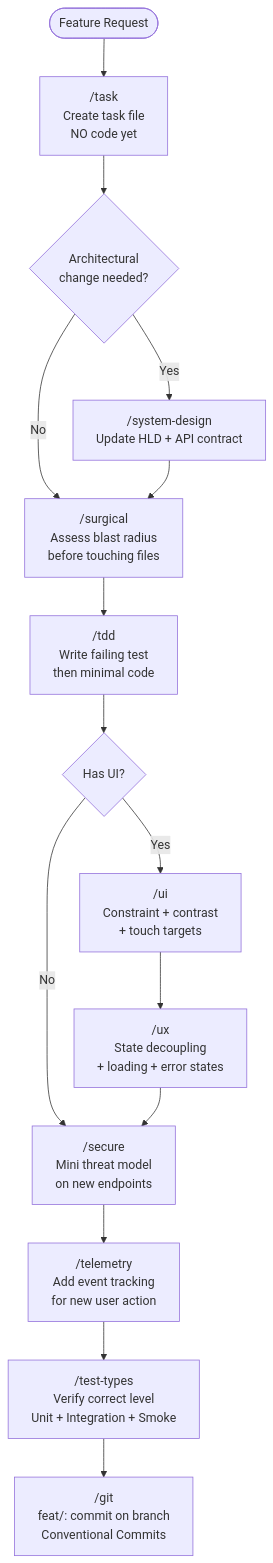
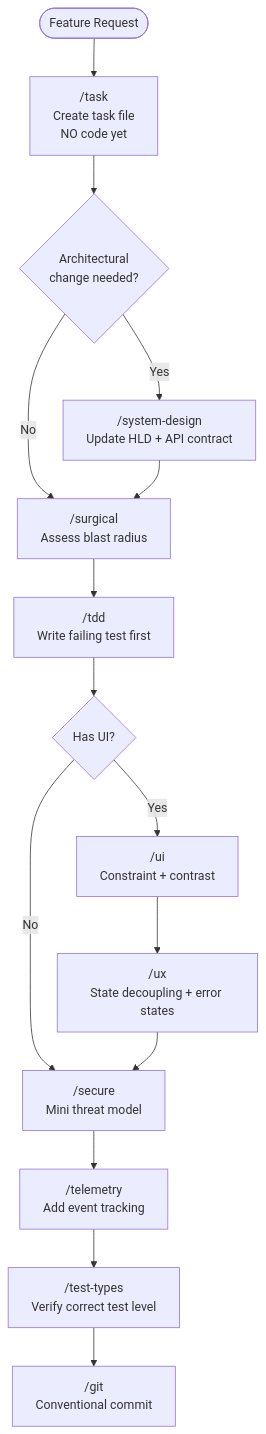
Before and after one commit to sornbuen15/drunken-ai-team: the third of 6 diagrams in README.md, drawn with Mermaid. The commit also changed other lines of this file and 15 other files, not shown here.

````diff
--- a/README.md
+++ b/README.md
@@ -136,17 +420,17 @@
 ```mermaid
 flowchart TD
     A([Feature Request]) --> B["/task\nCreate task file\nNO code yet"]
     B --> C{Architectural\nchange needed?}
     C -- Yes --> D["/system-design\nUpdate HLD + API contract"]
     C -- No --> E
-    D --> E["/surgical\nAssess blast radius\nbefore touching files"]
-    E --> F["/tdd\nWrite failing test\nthen minimal code"]
+    D --> E["/surgical\nAssess blast radius"]
+    E --> F["/tdd\nWrite failing test first"]
     F --> G{Has UI?}
-    G -- Yes --> H["/ui\nConstraint + contrast\n+ touch targets"]
-    H --> I["/ux\nState decoupling\n+ loading + error states"]
+    G -- Yes --> H["/ui\nConstraint + contrast"]
+    H --> I["/ux\nState decoupling + error states"]
     G -- No --> J
-    I --> J["/secure\nMini threat model\non new endpoints"]
-    J --> K["/telemetry\nAdd event tracking\nfor new user action"]
-    K --> L["/test-types\nVerify correct level\nUnit + Integration + Smoke"]
-    L --> M["/git\nfeat/: commit on branch\nConventional Commits"]
+    I --> J["/secure\nMini threat model"]
+    J --> K["/telemetry\nAdd event tracking"]
+    K --> L["/test-types\nVerify correct test level"]
+    L --> M["/git\nConventional commit"]
 ```
````
